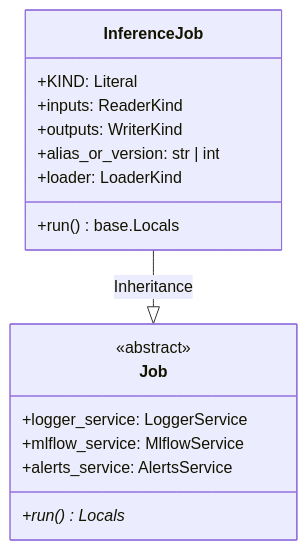
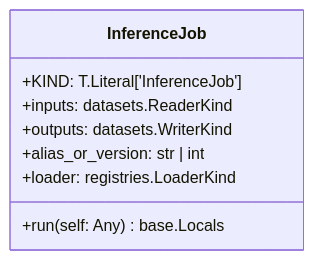
Before and after one commit to lgcorzo/mlops-python-package: the first of 2 diagrams in openwiki/modules/regression_model_template/jobs/inference.md, drawn with Mermaid. The commit also changed other lines of this file and 40 other files, not shown here.

````diff
--- a/openwiki/modules/regression_model_template/jobs/inference.md
+++ b/openwiki/modules/regression_model_template/jobs/inference.md
@@ -26,21 +23,12 @@
 ```mermaid
 classDiagram
     direction BT
-    class Job {
-        <<abstract>>
-        +logger_service: LoggerService
-        +mlflow_service: MlflowService
-        +alerts_service: AlertsService
-        +run()* Locals
+    class InferenceJob {
+        +KIND: T.Literal['InferenceJob']
+        +inputs: datasets.ReaderKind
+        +outputs: datasets.WriterKind
+        +alias_or_version: str | int
+        +loader: registries.LoaderKind
+        +run(self: Any) base.Locals
     }
-    class InferenceJob {
-        +KIND: Literal
-        +inputs: ReaderKind
-        +outputs: WriterKind
-        +alias_or_version: str | int
-        +loader: LoaderKind
-        +run() base.Locals
-    }
-
-    Job <|-- InferenceJob : Inheritance
 ```
````
